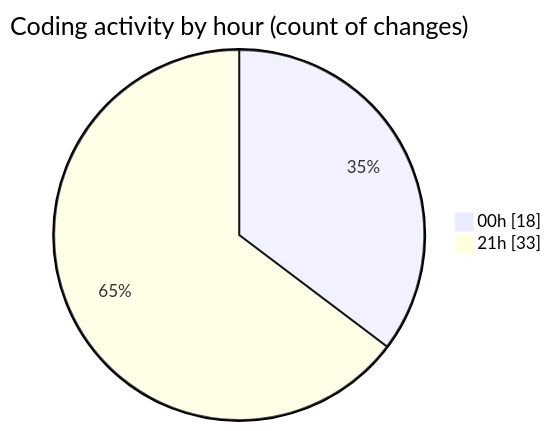
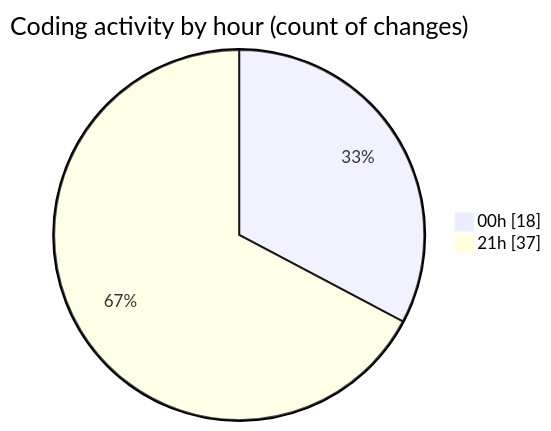
Before and after one commit to Netris89/code-tracking: the second of 2 diagrams in 2025-04-23/echo/README.md, drawn with Mermaid. The commit also changed other lines of this file and 1 other file, not shown here.

````diff
--- a/2025-04-23/echo/README.md
+++ b/2025-04-23/echo/README.md
@@ -30,6 +30,6 @@
 ```mermaid
 pie showData
 title Coding activity by hour (count of changes)
 "00h" : 18
-"21h" : 33
+"21h" : 37
 ```
````
